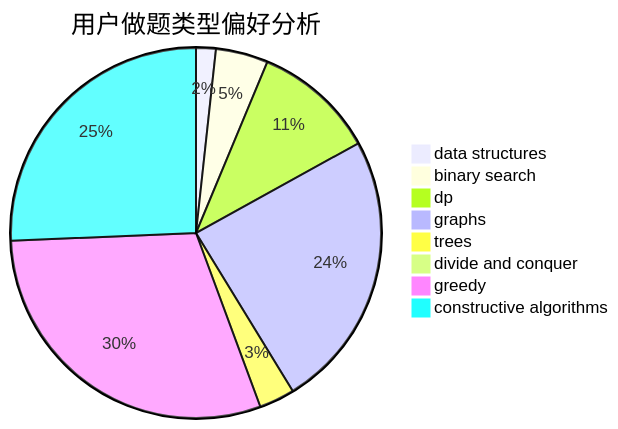
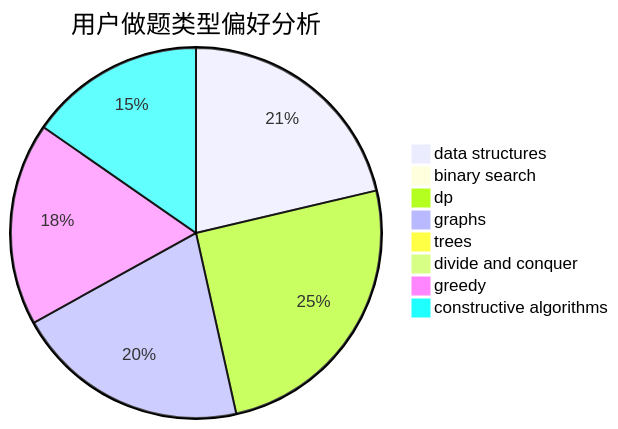
The second of 3 diagrams in docs/user/u2121.md (sherpahu/cfrs.github.io), drawn with Mermaid before and after one commit. The commit also changed other lines of this file and 2770 other files, not shown here.

````diff
--- a/docs/user/u2121.md
+++ b/docs/user/u2121.md
@@ -23,11 +23,11 @@
 ```mermaid
 pie title 用户做题类型偏好分析
-    "data structures" :  20
-    "binary search" :  53
-    "dp" :  124
-    "graphs" :  282
-    "trees" :  36
-    "divide and conquer" :  8
-    "greedy" :  348
-    "constructive algorithms" :  298
+    "data structures" :  171
+    "binary search" :  5
+    "dp" :  202
+    "graphs" :  164
+    "trees" :  0
+    "divide and conquer" :  0
+    "greedy" :  142
+    "constructive algorithms" :  123
 ```
````
